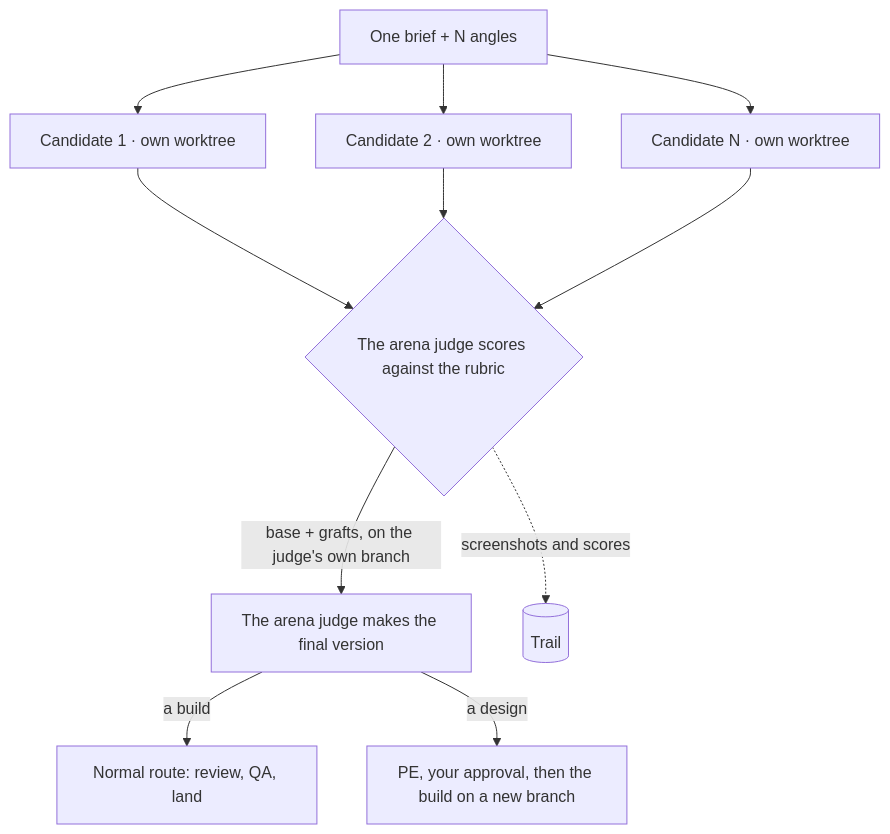
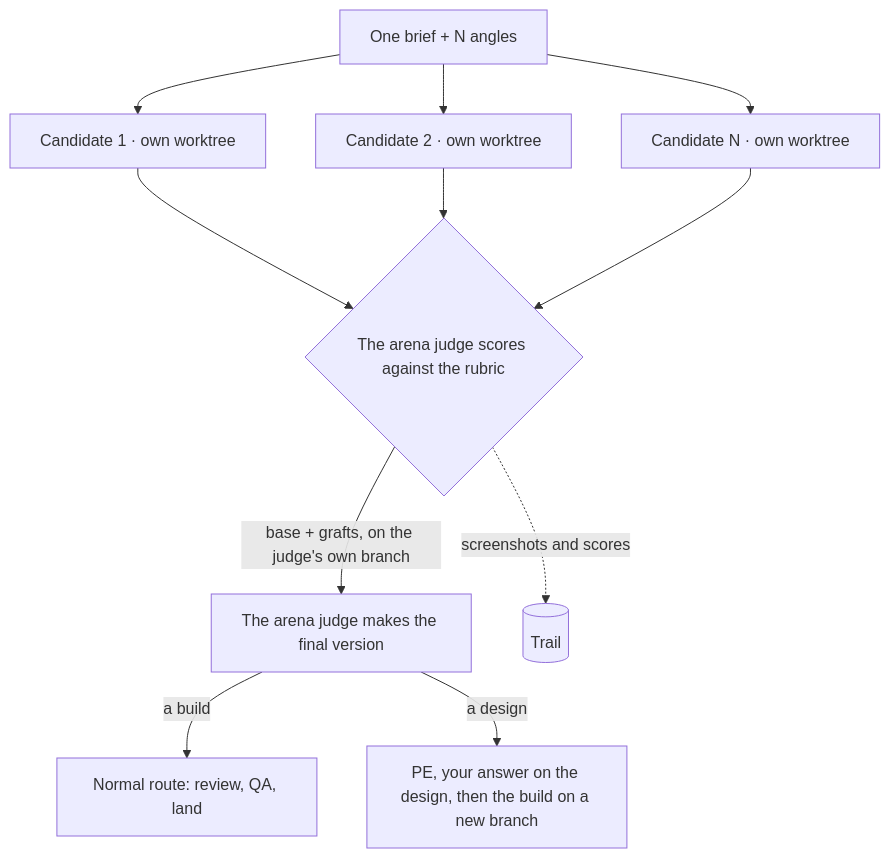
One commit to erickb336/sage changed the third of 6 diagrams in docs/design/sage-mode.md. Above: the diagram before and after it, drawn with Mermaid. The commit also changed other lines of this file and 23 other files, not shown here.

First line of the commit message:
Design approval: every remaining text says the one rule; the prior-art check looks for the asking line (T1022) (#537)

````diff
--- a/docs/design/sage-mode.md
+++ b/docs/design/sage-mode.md
@@ -172,13 +172,13 @@
 ```mermaid
 flowchart TB
   B["One brief + N angles"] --> C1["Candidate 1 · own worktree"]
   B --> C2["Candidate 2 · own worktree"]
   B --> C3["Candidate N · own worktree"]
   C1 --> J{"The arena judge scores against the rubric"}
   C2 --> J
   C3 --> J
   J -->|"base + grafts, on the judge's own branch"| G["The arena judge makes the final version"]
   G -->|"a build"| N["Normal route: review, QA, land"]
-  G -->|"a design"| P["PE, your approval, then the build on a new branch"]
+  G -->|"a design"| P["PE, your answer on the design, then the build on a new branch"]
   J -.->|"screenshots and scores"| T[("Trail")]
 ```
````
